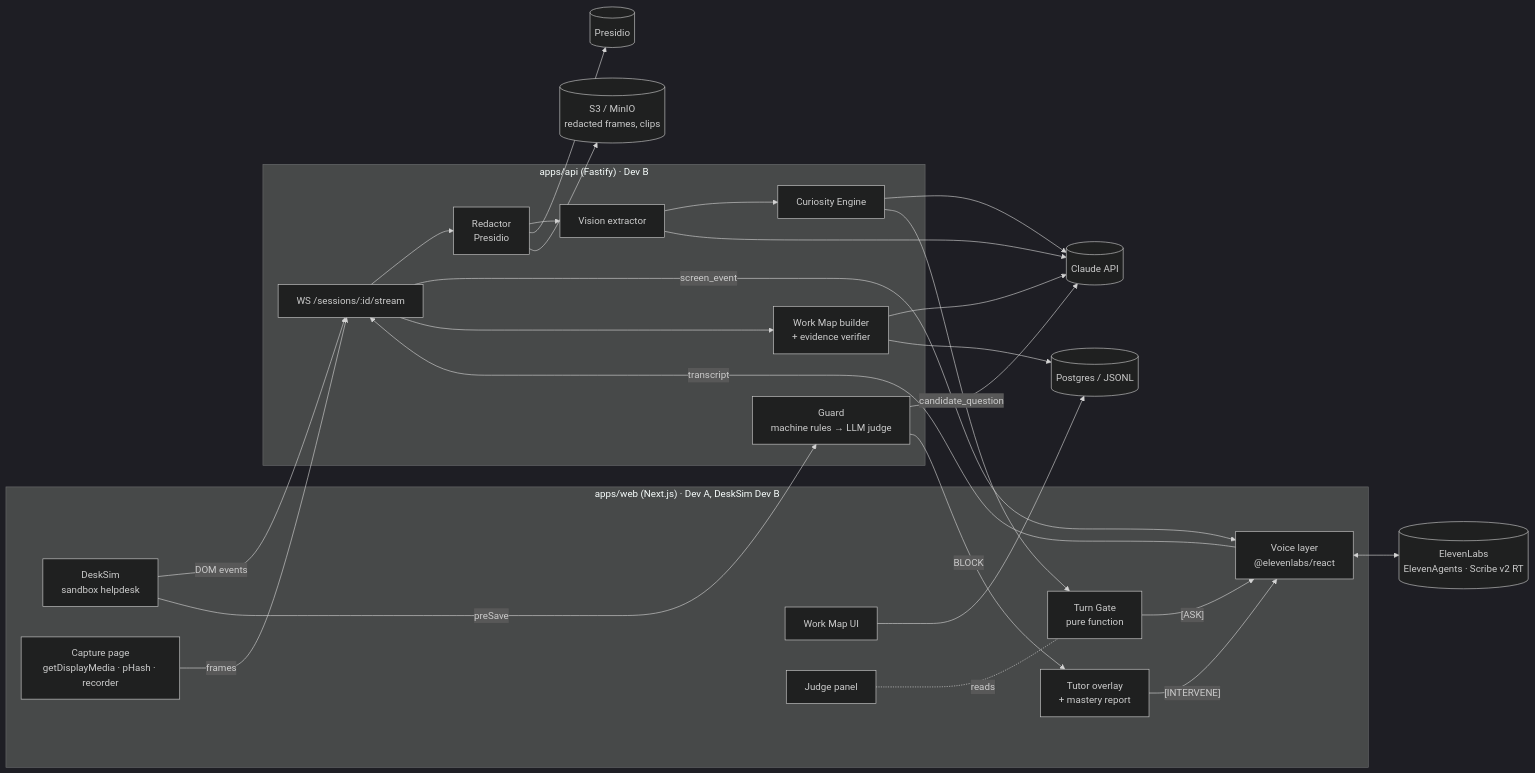
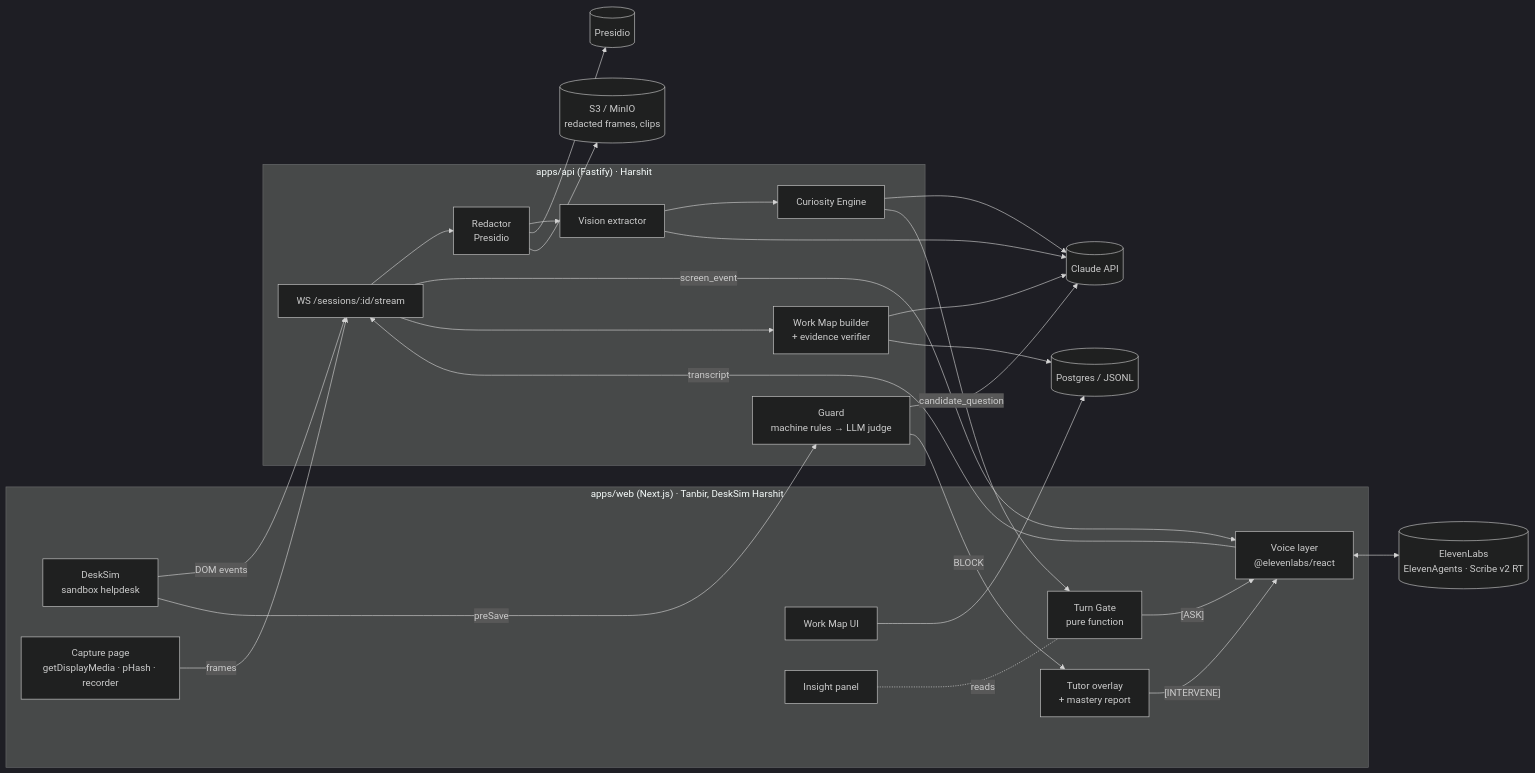
Before and after one commit to TanbirRamim/elevenlabs-agent: the first of 3 diagrams in docs/IMPLEMENTATION_PLAN.md, drawn with Mermaid (dark theme). The commit also changed other lines of this file and 41 other files, not shown here.

First line of the commit message:
chore(repo): split work between Tanbir and Harshit with enforced ownership (#1)

````diff
--- a/docs/IMPLEMENTATION_PLAN.md
+++ b/docs/IMPLEMENTATION_PLAN.md
@@ -74,46 +74,46 @@
 ```mermaid
 flowchart LR
-  subgraph Web["apps/web (Next.js) · Dev A, DeskSim Dev B"]
+  subgraph Web["apps/web (Next.js) · Tanbir, DeskSim Harshit"]
     DS[DeskSim<br/>sandbox helpdesk]
     CAP[Capture page<br/>getDisplayMedia · pHash · recorder]
     GATE[Turn Gate<br/>pure function]
     VOICE[Voice layer<br/>@elevenlabs/react]
     MAP[Work Map UI]
     TEACH[Tutor overlay<br/>+ mastery report]
-    JP[Judge panel]
+    JP[Insight panel]
   end
 
-  subgraph API["apps/api (Fastify) · Dev B"]
+  subgraph API["apps/api (Fastify) · Harshit"]
     WS[WS /sessions/:id/stream]
     RED[Redactor<br/>Presidio]
     VIS[Vision extractor]
     CUR[Curiosity Engine]
     WMB[Work Map builder<br/>+ evidence verifier]
     GRD[Guard<br/>machine rules → LLM judge]
   end
 
   EL[(ElevenLabs<br/>ElevenAgents · Scribe v2 RT)]
   CL[(Claude API)]
   PR[(Presidio)]
   DB[(Postgres / JSONL)]
   S3[(S3 / MinIO<br/>redacted frames, clips)]
 
   CAP -- frames --> WS
   DS -- DOM events --> WS
   WS --> RED --> VIS --> CUR
   RED --> PR
   RED --> S3
   VIS --> CL
   CUR --> CL
   CUR -- candidate_question --> GATE
   GATE -- "[ASK]" --> VOICE
   WS -- screen_event --> VOICE
   VOICE <--> EL
   VOICE -- transcript --> WS
   WS --> WMB --> CL
   WMB --> DB
   DS -- preSave --> GRD --> CL
   GRD -- BLOCK --> TEACH -- "[INTERVENE]" --> VOICE
   MAP --> DB
   JP -.reads.- GATE
 ```
````
